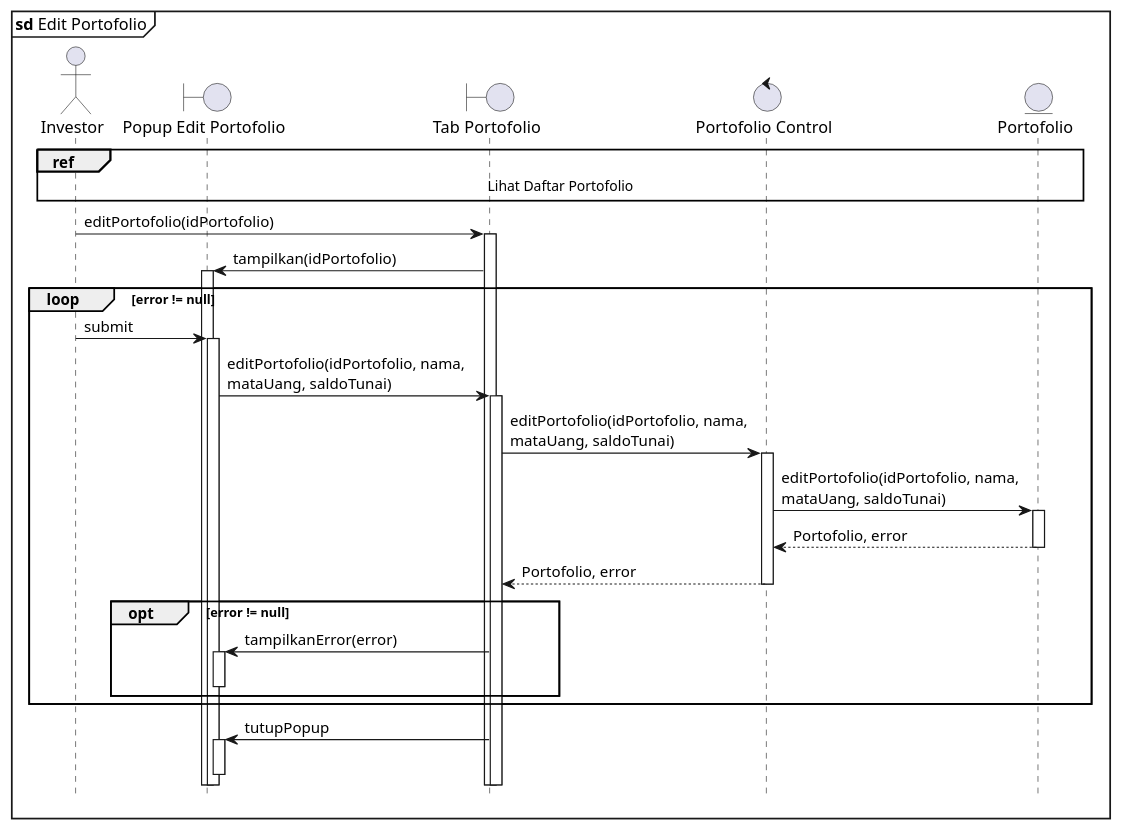
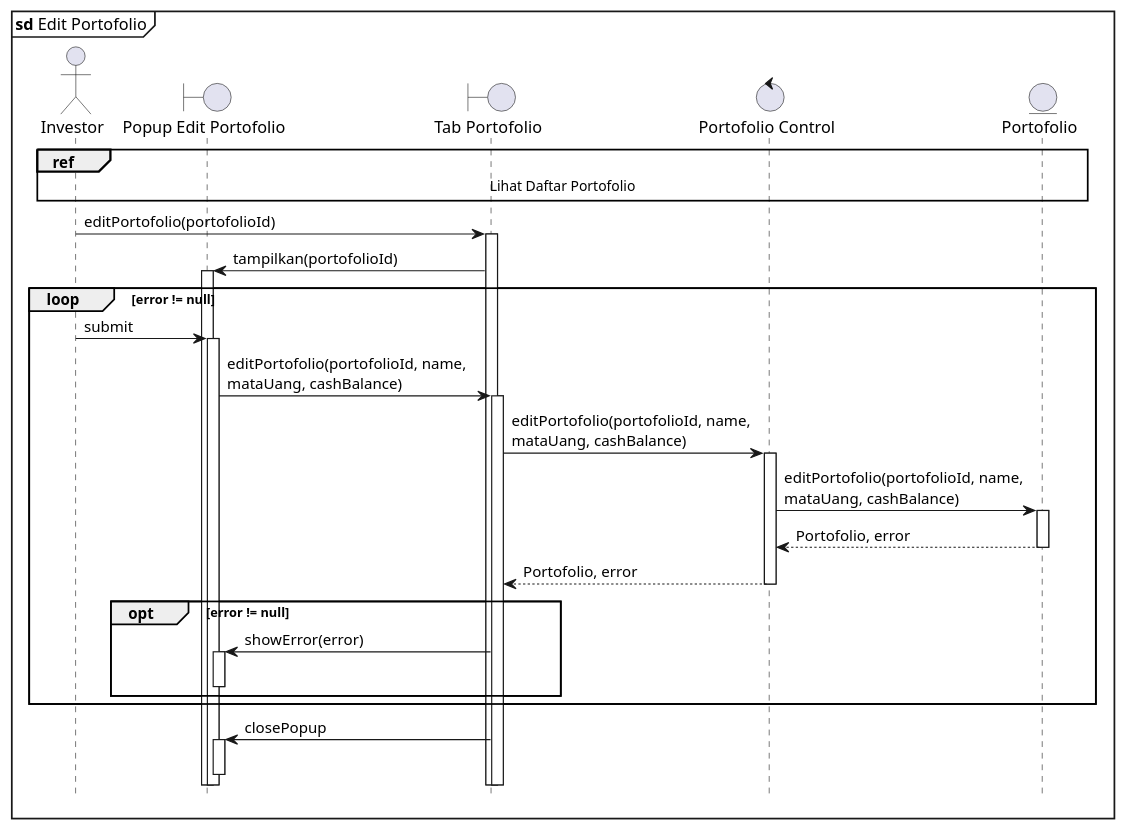
The diagram in sequence/edit-portofolio.puml (clarestarahma/manajemen-investasi), drawn with PlantUML before and after one commit. The commit also changed 12 other files, not shown here.

```diff
--- a/sequence/edit-portofolio.puml
+++ b/sequence/edit-portofolio.puml
@@ -1,37 +1,37 @@
 @startuml Sequence
 
 skinparam maxMessageSize 250
 
 hide footbox
 autoactivate on
 
 mainframe **sd** Edit Portofolio
 
 actor Investor as I
 boundary "Popup Edit Portofolio" as PEP
 boundary "Tab Portofolio" as TP
 control "Portofolio Control" as PC
 entity "Portofolio" as P
 
 ref over I, P : Lihat Daftar Portofolio
 
-I -> TP : editPortofolio(idPortofolio)
-TP -> PEP : tampilkan(idPortofolio)
+I -> TP : editPortofolio(portofolioId)
+TP -> PEP : tampilkan(portofolioId)
 
 loop error != null
   I -> PEP : submit
-  PEP -> TP : editPortofolio(idPortofolio, nama, mataUang, saldoTunai)
-  TP -> PC : editPortofolio(idPortofolio, nama, mataUang, saldoTunai)
-  PC -> P : editPortofolio(idPortofolio, nama, mataUang, saldoTunai)
+  PEP -> TP : editPortofolio(portofolioId, name, mataUang, cashBalance)
+  TP -> PC : editPortofolio(portofolioId, name, mataUang, cashBalance)
+  PC -> P : editPortofolio(portofolioId, name, mataUang, cashBalance)
   P --> PC : Portofolio, error
   PC --> TP : Portofolio, error
 
   opt error != null
-    TP -> PEP : tampilkanError(error)
+    TP -> PEP : showError(error)
     deactivate PEP
   end
 end
 
-TP -> PEP : tutupPopup
+TP -> PEP : closePopup
 deactivate PEP
 @enduml
```
